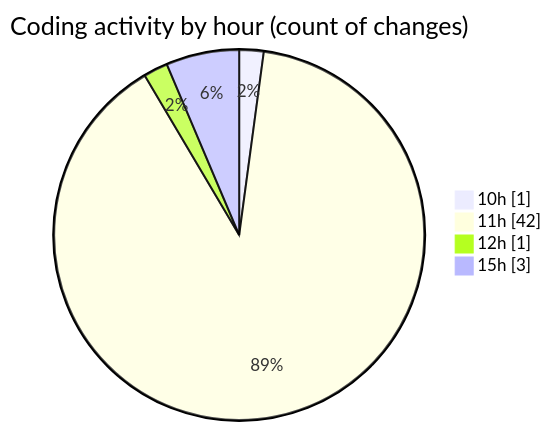
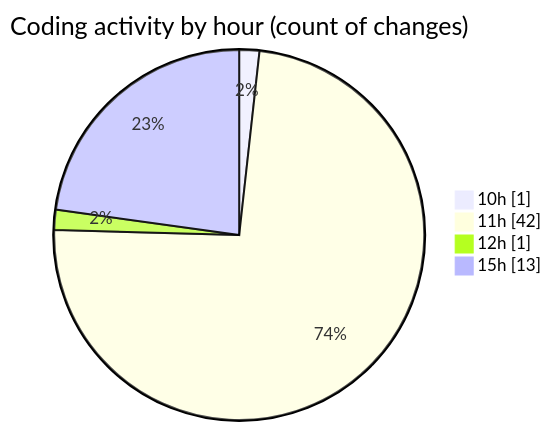
One commit to nxtqubesakshisongat/code-tracking changed the second of 2 diagrams in 2025-06-25/nxtqube_webapp/README.md. Above: the diagram before and after it, drawn with Mermaid. The commit also changed other lines of this file and 1 other file, not shown here.

````diff
--- a/2025-06-25/nxtqube_webapp/README.md
+++ b/2025-06-25/nxtqube_webapp/README.md
@@ -33,8 +33,8 @@
 ```mermaid
 pie showData
 title Coding activity by hour (count of changes)
 "10h" : 1
 "11h" : 42
 "12h" : 1
-"15h" : 3
+"15h" : 13
 ```
````
